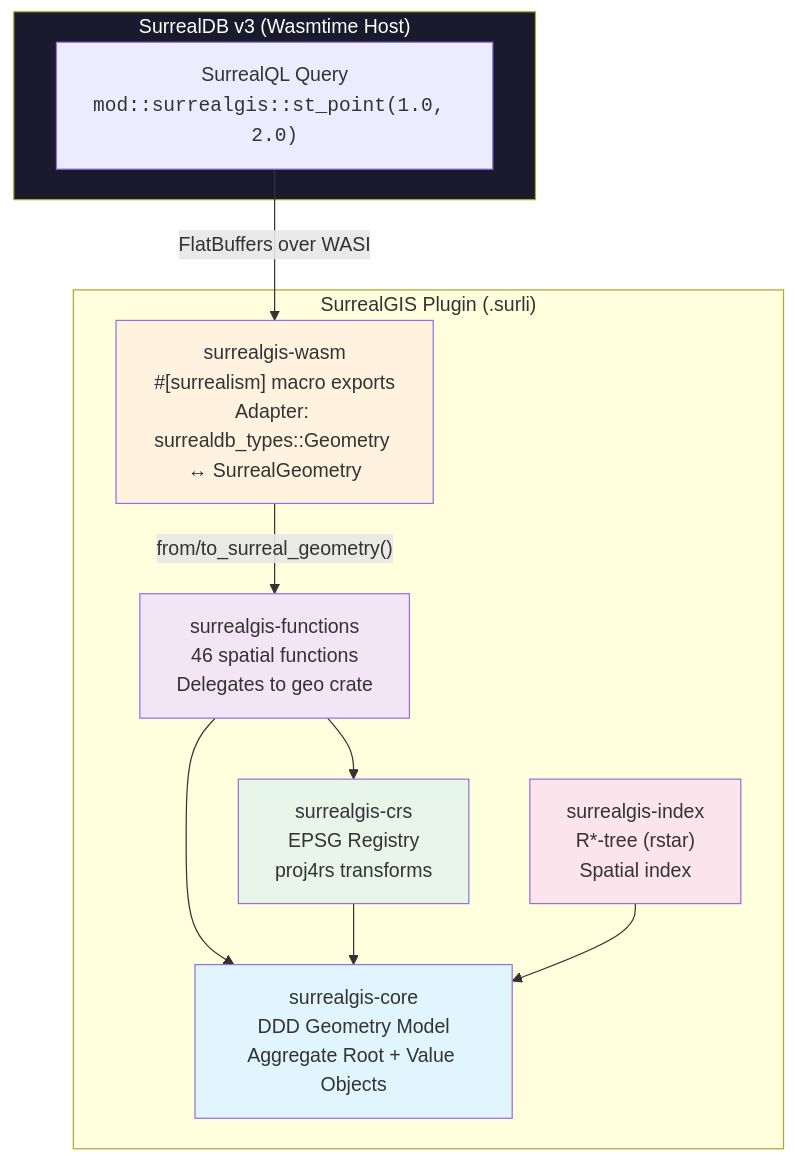
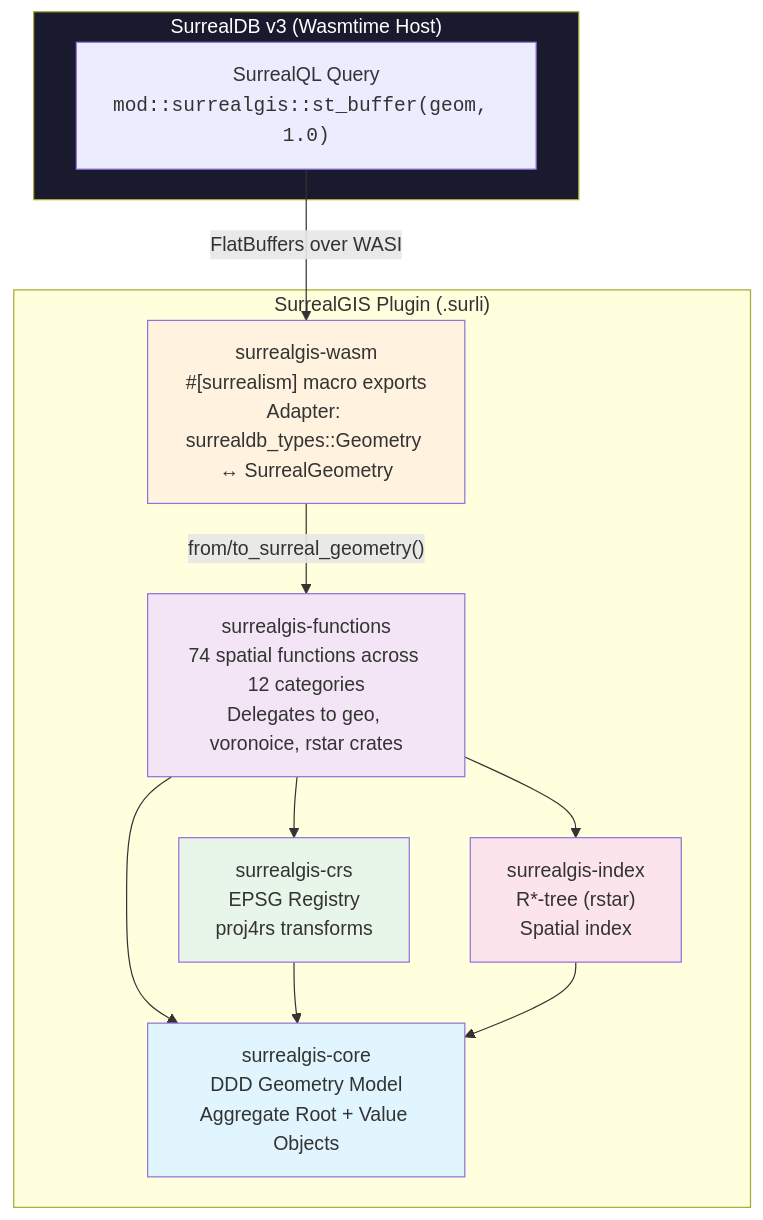
One commit to nitin84india/surreal-gis changed the first of 4 diagrams in README.md. Above: the diagram before and after it, drawn with Mermaid. The commit also changed other lines of this file and 46 other files, not shown here.

First line of the commit message:
feat: implement Phase 2 - 28 spatial processing & analysis functions

````diff
--- a/README.md
+++ b/README.md
@@ -20,28 +26,29 @@
 ```mermaid
 graph TD
     subgraph SurrealDB["SurrealDB v3 (Wasmtime Host)"]
-        SurrealQL["SurrealQL Query<br/><code>mod::surrealgis::st_point(1.0, 2.0)</code>"]
+        SurrealQL["SurrealQL Query<br/><code>mod::surrealgis::st_buffer(geom, 1.0)</code>"]
     end
 
     subgraph Plugin["SurrealGIS Plugin (.surli)"]
         WASM["surrealgis-wasm<br/>#[surrealism] macro exports<br/>Adapter: surrealdb_types::Geometry ↔ SurrealGeometry"]
-        FN["surrealgis-functions<br/>46 spatial functions<br/>Delegates to geo crate"]
+        FN["surrealgis-functions<br/>74 spatial functions across 12 categories<br/>Delegates to geo, voronoice, rstar crates"]
         CORE["surrealgis-core<br/>DDD Geometry Model<br/>Aggregate Root + Value Objects"]
         CRS["surrealgis-crs<br/>EPSG Registry<br/>proj4rs transforms"]
         IDX["surrealgis-index<br/>R*-tree (rstar)<br/>Spatial index"]
     end
 
     SurrealQL -->|"FlatBuffers over WASI"| WASM
     WASM -->|"from/to_surreal_geometry()"| FN
     FN --> CORE
     FN --> CRS
+    FN --> IDX
     CRS --> CORE
     IDX --> CORE
 
     style SurrealDB fill:#1a1a2e,color:#fff
     style WASM fill:#fff3e0
     style FN fill:#f3e5f5
     style CORE fill:#e1f5fe
     style CRS fill:#e8f5e9
     style IDX fill:#fce4ec
 ```
````
